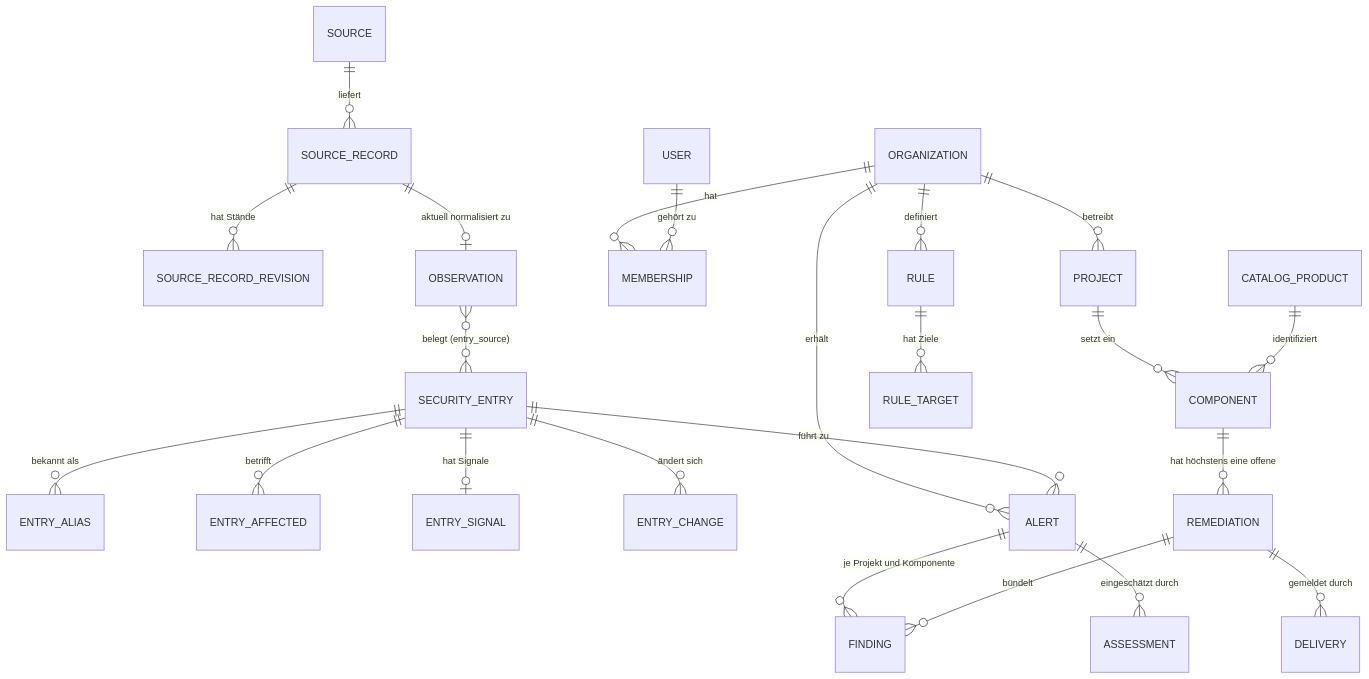
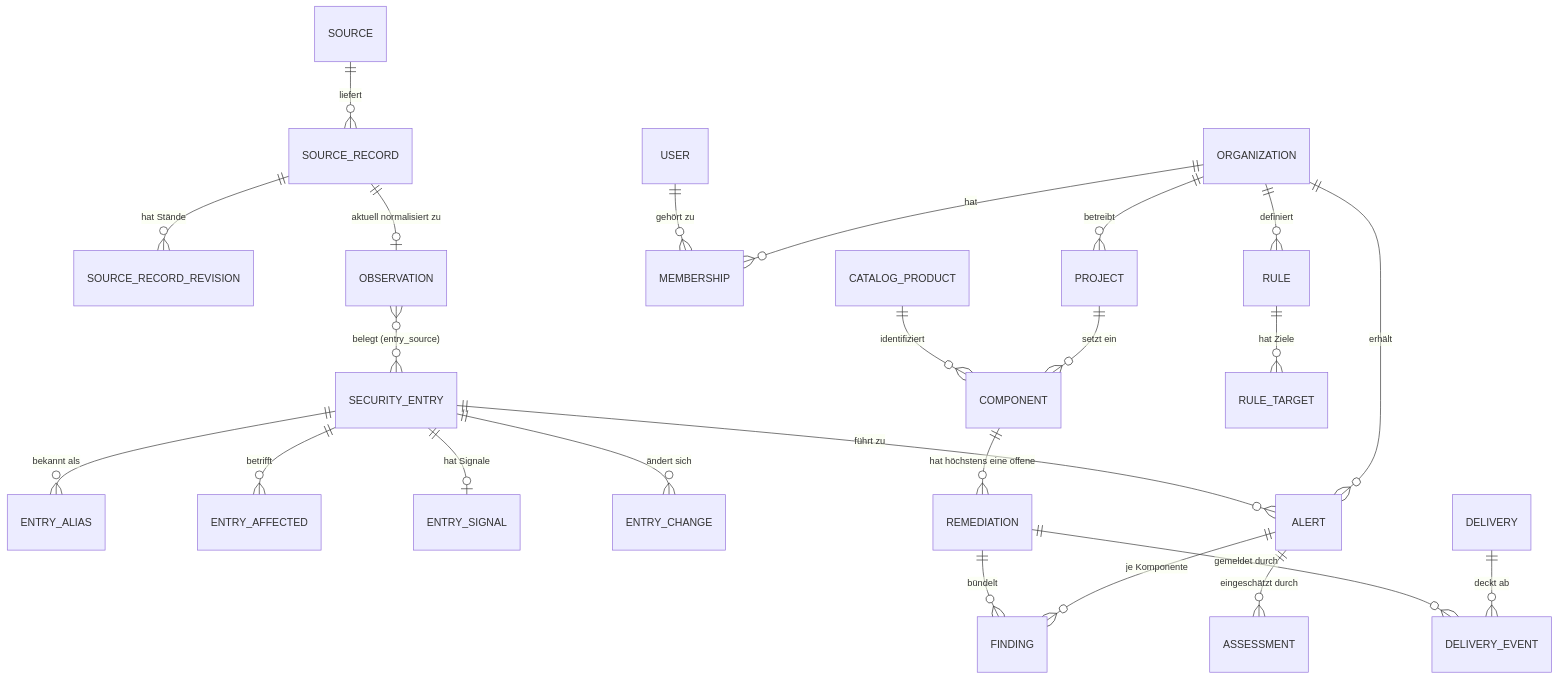
One commit to NicoM77/Ardea changed the diagram in docs/masterplan/04-datenmodell.md. Above: the diagram before and after it, drawn with Mermaid. The commit also changed other lines of this file and 19 other files, not shown here.

````diff
--- a/docs/masterplan/04-datenmodell.md
+++ b/docs/masterplan/04-datenmodell.md
@@ -19,28 +19,29 @@
 ```mermaid
 erDiagram
   SOURCE ||--o{ SOURCE_RECORD : liefert
   SOURCE_RECORD ||--o{ SOURCE_RECORD_REVISION : "hat Stände"
   SOURCE_RECORD ||--o| OBSERVATION : "aktuell normalisiert zu"
   OBSERVATION }o--o{ SECURITY_ENTRY : "belegt (entry_source)"
   SECURITY_ENTRY ||--o{ ENTRY_ALIAS : "bekannt als"
   SECURITY_ENTRY ||--o{ ENTRY_AFFECTED : betrifft
   SECURITY_ENTRY ||--o| ENTRY_SIGNAL : "hat Signale"
   SECURITY_ENTRY ||--o{ ENTRY_CHANGE : "ändert sich"
 
   ORGANIZATION ||--o{ MEMBERSHIP : hat
   USER ||--o{ MEMBERSHIP : "gehört zu"
   ORGANIZATION ||--o{ PROJECT : betreibt
   PROJECT ||--o{ COMPONENT : "setzt ein"
   CATALOG_PRODUCT ||--o{ COMPONENT : identifiziert
 
   ORGANIZATION ||--o{ ALERT : erhält
   SECURITY_ENTRY ||--o{ ALERT : "führt zu"
-  ALERT ||--o{ FINDING : "je Projekt und Komponente"
+  ALERT ||--o{ FINDING : "je Komponente"
   COMPONENT ||--o{ REMEDIATION : "hat höchstens eine offene"
   REMEDIATION ||--o{ FINDING : bündelt
   ALERT ||--o{ ASSESSMENT : "eingeschätzt durch"
 
   ORGANIZATION ||--o{ RULE : definiert
   RULE ||--o{ RULE_TARGET : "hat Ziele"
-  REMEDIATION ||--o{ DELIVERY : "gemeldet durch"
+  DELIVERY ||--o{ DELIVERY_EVENT : "deckt ab"
+  REMEDIATION ||--o{ DELIVERY_EVENT : "gemeldet durch"
 ```
````
